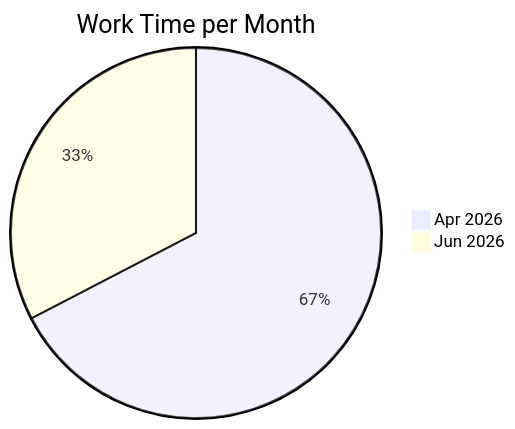
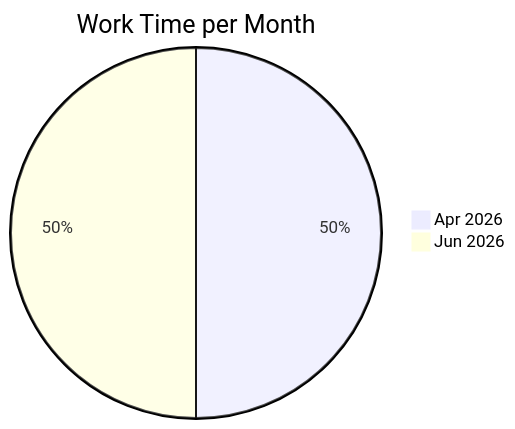
The diagram in README.md (notWetro/time-tracker), drawn with Mermaid before and after one commit. The commit also changed other lines of this file and 1 other file, not shown here.

````diff
--- a/README.md
+++ b/README.md
@@ -10,6 +10,6 @@
 ```mermaid
 pie
     title Work Time per Month
     "Apr 2026" : 3.1
-    "Jun 2026" : 1.5
+    "Jun 2026" : 3.1
 ```
````
